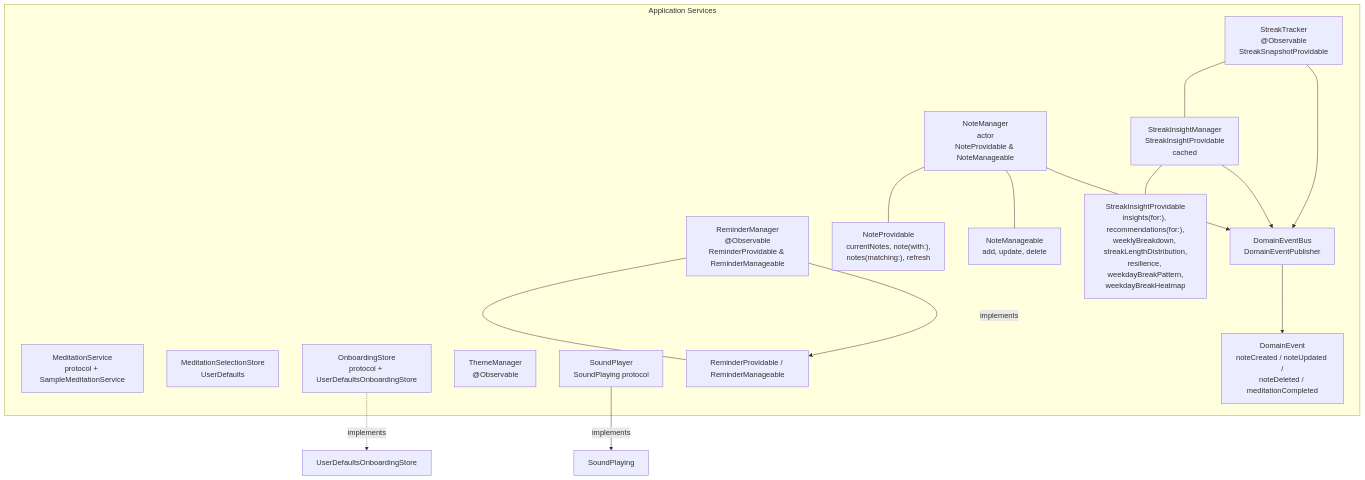
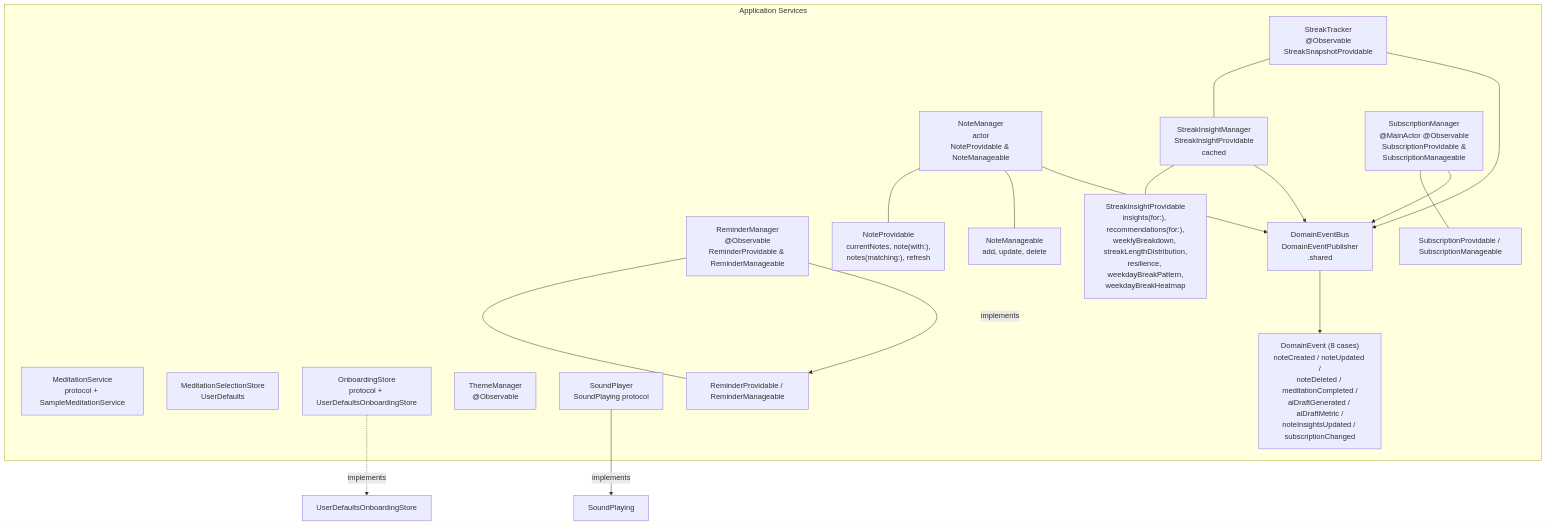
One commit to kwazzar/MeditateAndNote changed the fifth of 8 diagrams in ARCHITECTURE.md. Above: the diagram before and after it, drawn with Mermaid. The commit also changed other lines of this file and 2 other files, not shown here.

First line of the commit message:
docs: sync README/ARCHITECTURE/AGENTS with current project state

````diff
--- a/ARCHITECTURE.md
+++ b/ARCHITECTURE.md
@@ -306,35 +361,39 @@
 ```mermaid
 graph TB
     subgraph App["Application Services"]
         NM["NoteManager<br/>actor<br/>NoteProvidable & NoteManageable"]
         MeditSvc["MeditationService<br/>protocol + SampleMeditationService"]
         SelStore["MeditationSelectionStore<br/>UserDefaults"]
         StreakTracker["StreakTracker<br/>@Observable<br/>StreakSnapshotProvidable"]
         InsightMgr["StreakInsightManager<br/>StreakInsightProvidable<br/>cached"]
         ReminderMgr["ReminderManager<br/>@Observable<br/>ReminderProvidable & ReminderManageable"]
+        SubMgr["SubscriptionManager<br/>@MainActor @Observable<br/>SubscriptionProvidable &<br/>SubscriptionManageable"]
         OnbStore["OnboardingStore<br/>protocol + UserDefaultsOnboardingStore"]
         ThemeManager["ThemeManager<br/>@Observable"]
         Sound["SoundPlayer<br/>SoundPlaying protocol"]
-        Bus["DomainEventBus<br/>DomainEventPublisher"]
+        Bus["DomainEventBus<br/>DomainEventPublisher<br/>.shared"]
 
         NoteProv["NoteProvidable<br/>currentNotes, note(with:),<br/>notes(matching:), refresh"]
         NoteMan["NoteManageable<br/>add, update, delete"]
         InsightProv["StreakInsightProvidable<br/>insights(for:), recommendations(for:),<br/>weeklyBreakdown, streakLengthDistribution,<br/>resilience, weekdayBreakPattern,<br/>weekdayBreakHeatmap"]
         RemindProv["ReminderProvidable / ReminderManageable"]
+        SubProv["SubscriptionProvidable / SubscriptionManageable"]
 
-        Evt["DomainEvent<br/>noteCreated / noteUpdated /<br/>noteDeleted / meditationCompleted"]
+        Evt["DomainEvent (8 cases)<br/>noteCreated / noteUpdated /<br/>noteDeleted / meditationCompleted /<br/>aiDraftGenerated / aiDraftMetric /<br/>noteInsightsUpdated / subscriptionChanged"]
     end
 
     NM --- NoteProv
     NM --- NoteMan
     NM --> Bus
     StreakTracker ---- InsightMgr
     InsightMgr --- InsightProv
     ReminderMgr --- RemindProv
+    SubMgr --- SubProv
+    SubMgr --> Bus
     OnbStore -.->|"implements"| UserDefaultsOnboardingStore
     StreakTracker --> Bus
     InsightMgr --> Bus
     ReminderMgr -->|"implements"| RemindProv
     Sound -->|"implements"| SoundP["SoundPlaying"]
     Bus --> Evt
 ```
````
